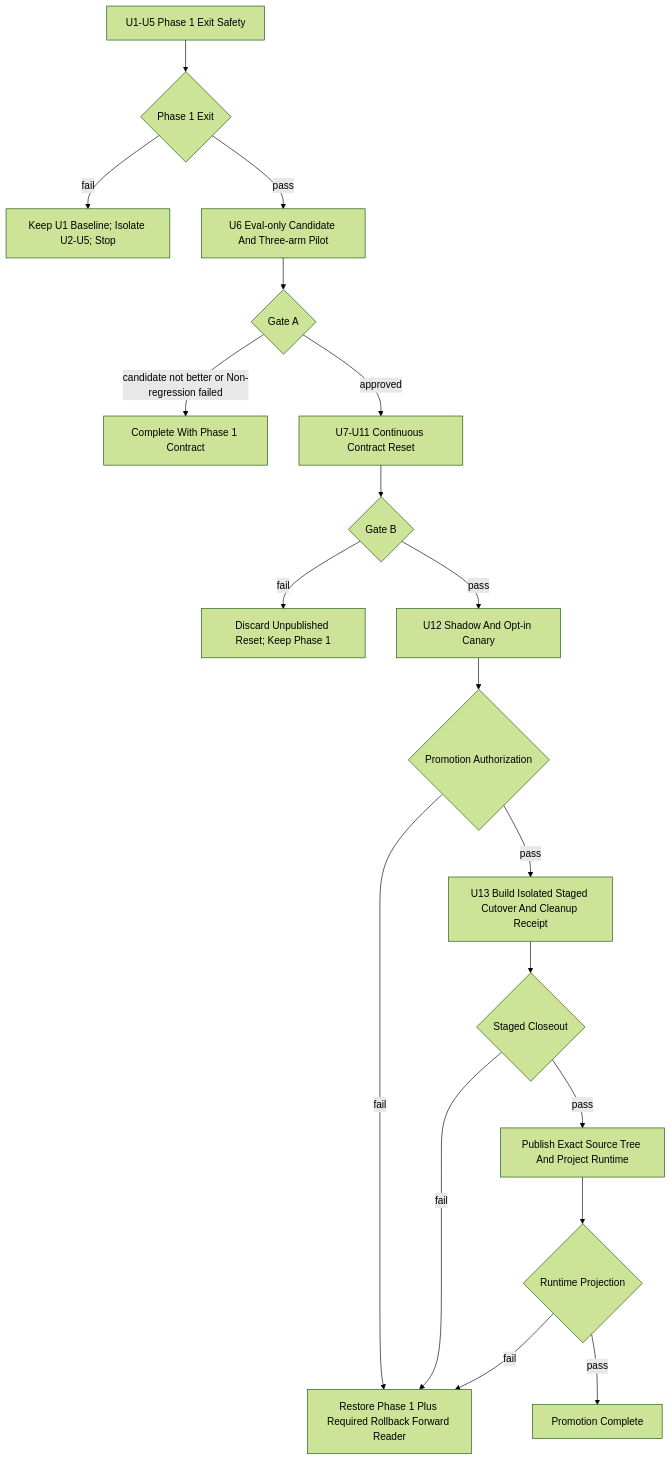
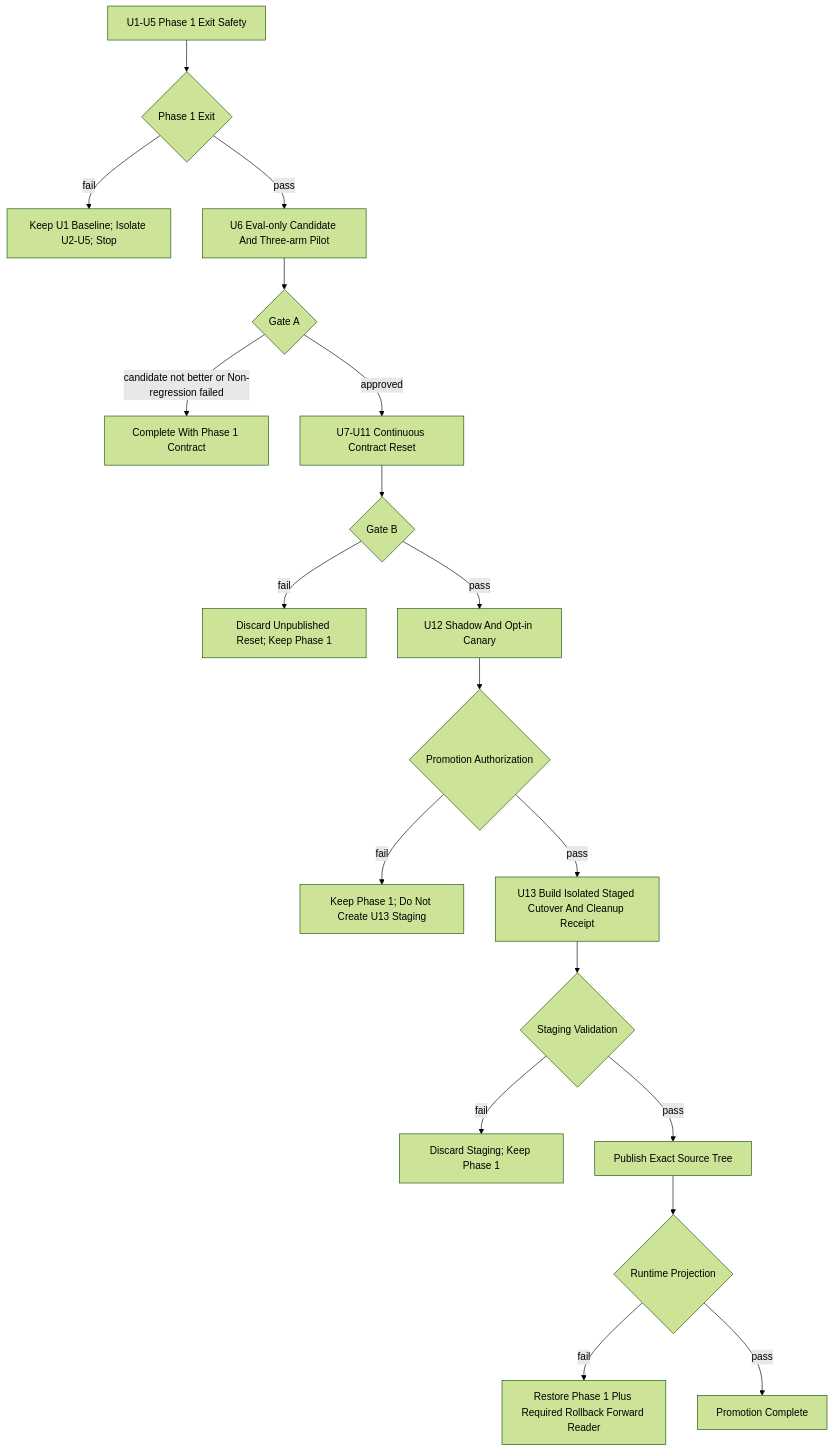
One commit to leo-kuang-ai/spec-first changed the third of 3 diagrams in docs/plans/2026-07-11-002-refactor-spec-prd-product-decision-synthesis-plan.md. Above: the diagram before and after it, drawn with Mermaid (forest theme). The commit also changed other lines of this file and 59 other files, not shown here.

````diff
--- a/docs/plans/2026-07-11-002-refactor-spec-prd-product-decision-synthesis-plan.md
+++ b/docs/plans/2026-07-11-002-refactor-spec-prd-product-decision-synthesis-plan.md
@@ -251,21 +253,21 @@
 ```mermaid
 flowchart TB
   P1[U1-U5 Phase 1 Exit Safety] --> E1{Phase 1 Exit}
   E1 -->|fail| X1[Keep U1 Baseline; Isolate U2-U5; Stop]
   E1 -->|pass| P15[U6 Eval-only Candidate And Three-arm Pilot]
   P15 --> GA{Gate A}
   GA -->|candidate not better or Non-regression failed| STOP[Complete With Phase 1 Contract]
   GA -->|approved| CR[U7-U11 Continuous Contract Reset]
   CR --> GB{Gate B}
   GB -->|fail| DISCARD[Discard Unpublished Reset; Keep Phase 1]
   GB -->|pass| SH[U12 Shadow And Opt-in Canary]
   SH --> PA{Promotion Authorization}
-  PA -->|fail| RB[Restore Phase 1 Plus Required Rollback Forward Reader]
+  PA -->|fail| KEEP[Keep Phase 1; Do Not Create U13 Staging]
   PA -->|pass| STAGE[U13 Build Isolated Staged Cutover And Cleanup Receipt]
-  STAGE --> SC{Staged Closeout}
-  SC -->|fail| RB
-  SC -->|pass| PUB[Publish Exact Source Tree And Project Runtime]
+  STAGE --> SV{Staging Validation}
+  SV -->|fail| DROP[Discard Staging; Keep Phase 1]
+  SV -->|pass| PUB[Publish Exact Source Tree]
   PUB --> RP{Runtime Projection}
-  RP -->|fail| RB
+  RP -->|fail| RB[Restore Phase 1 Plus Required Rollback Forward Reader]
   RP -->|pass| DONE[Promotion Complete]
 ```
````
